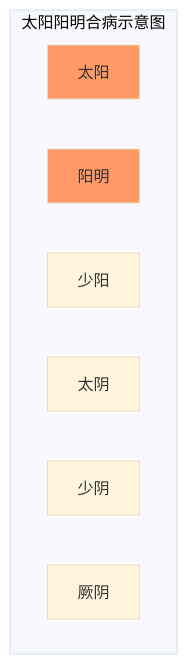
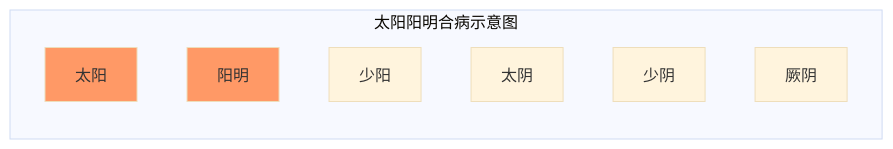
Before and after one commit to 6830920/gmzyjc: the third of 5 diagrams in ok/rmshl/rmshl02.md, drawn with Mermaid (base theme). The commit also changed other lines of this file and 18 other files, not shown here.

````diff
--- a/ok/rmshl/rmshl02.md
+++ b/ok/rmshl/rmshl02.md
@@ -150,15 +150,15 @@
 ```mermaid
-graph TB 
+graph LR
 
 subgraph three[太阳阳明合病示意图]
 太阳:::red
 阳明:::red
 少阳
 太阴
 少阴
 厥阴
 end
 
 
 classDef red fill:#f96
 ```
````
